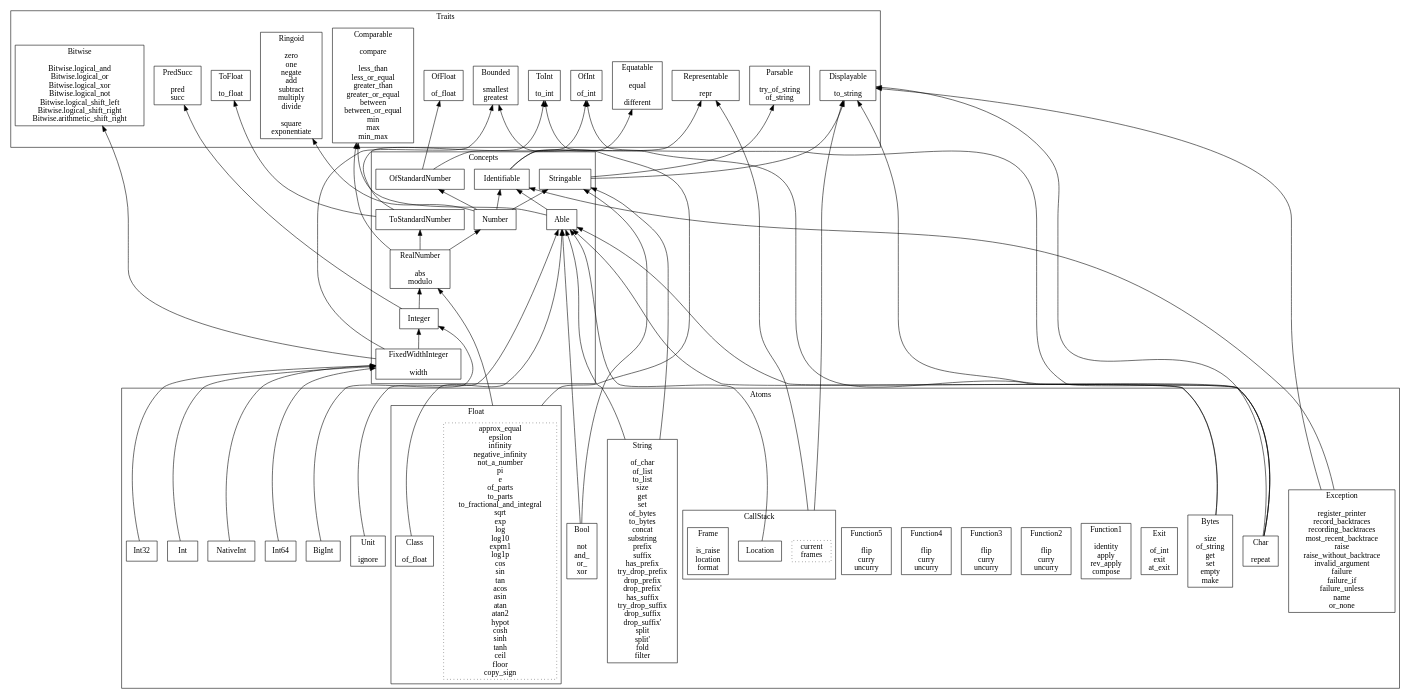
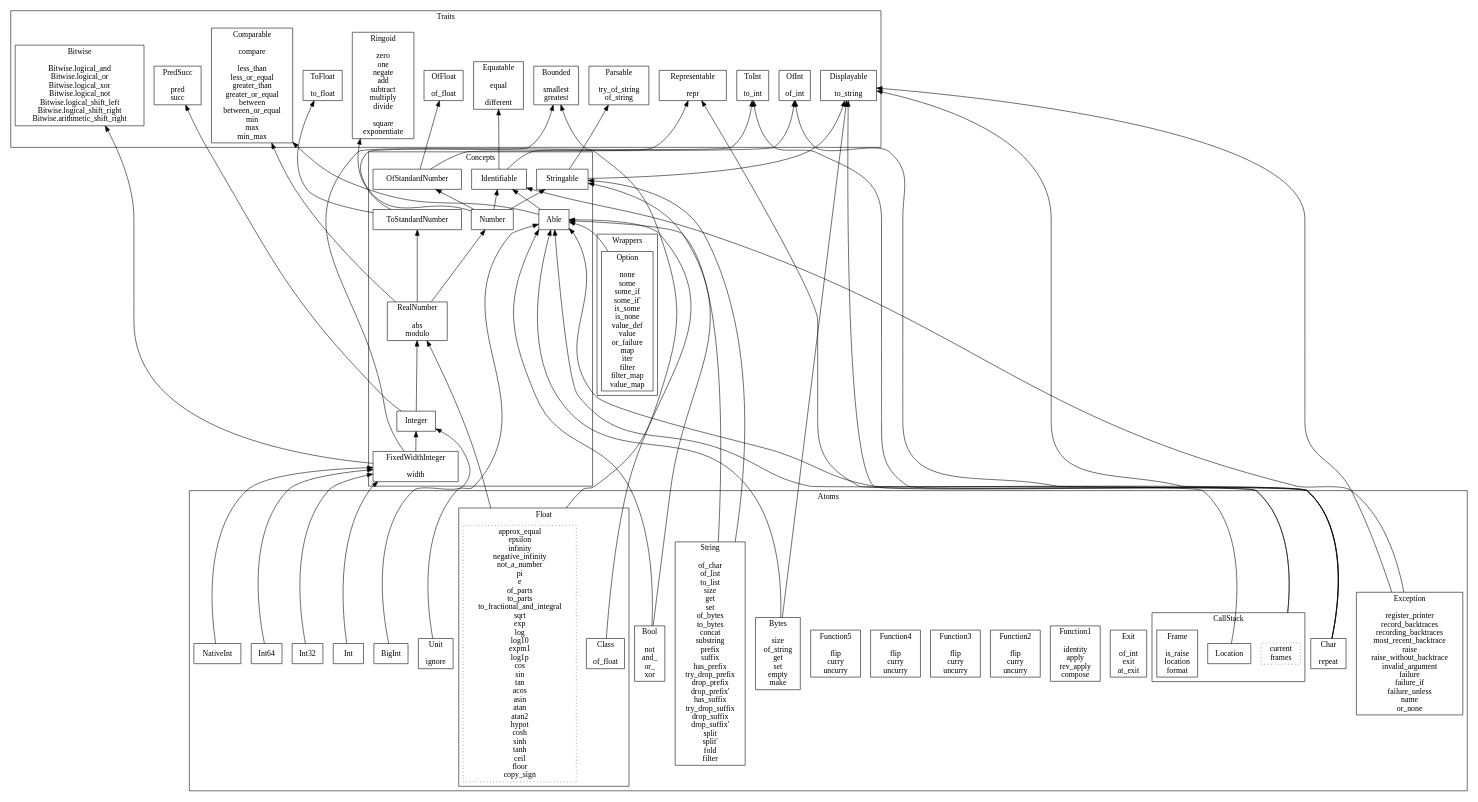
Before and after one commit to jacquev6/General: the diagram in src/Generated/Facets.dot, drawn with Graphviz. The commit also changed 9 other files, not shown here.

```diff
--- a/src/Generated/Facets.dot
+++ b/src/Generated/Facets.dot
@@ -1,115 +1,121 @@
 digraph {
   compound=true
   rankdir="BT"
   node [shape="box"]
   subgraph cluster_Traits {
     label="Traits"
     labelloc="b"
     representable [label="Representable\n\nrepr"]
     equatable [label="Equatable\n\nequal\n\ndifferent"]
     displayable [label="Displayable\n\nto_string"]
     parsable [label="Parsable\n\ntry_of_string\nof_string"]
     comparable [label="Comparable\n\ncompare\n\nless_than\nless_or_equal\ngreater_than\ngreater_or_equal\nbetween\nbetween_or_equal\nmin\nmax\nmin_max"]
     ringoid [label="Ringoid\n\nzero\none\nnegate\nadd\nsubtract\nmultiply\ndivide\n\nsquare\nexponentiate"]
     ofint [label="OfInt\n\nof_int"]
     toint [label="ToInt\n\nto_int"]
     offloat [label="OfFloat\n\nof_float"]
     tofloat [label="ToFloat\n\nto_float"]
     predsucc [label="PredSucc\n\npred\nsucc"]
     bounded [label="Bounded\n\nsmallest\ngreatest"]
     bitwise [label="Bitwise\n\nBitwise.logical_and\nBitwise.logical_or\nBitwise.logical_xor\nBitwise.logical_not\nBitwise.logical_shift_left\nBitwise.logical_shift_right\nBitwise.arithmetic_shift_right"]
   }
   subgraph cluster_Concepts {
     label="Concepts"
     labelloc="b"
     identifiable [label="Identifiable"]
     able [label="Able"]
     stringable [label="Stringable"]
     ofstandardnumber [label="OfStandardNumber"]
     number [label="Number"]
     tostandardnumber [label="ToStandardNumber"]
     realnumber [label="RealNumber\n\nabs\nmodulo"]
     integer [label="Integer"]
     fixedwidthinteger [label="FixedWidthInteger\n\nwidth"]
   }
   subgraph cluster_Atoms {
     label="Atoms"
     labelloc="b"
     subgraph cluster_CallStack {
       label="CallStack"
       labelloc="b"
       callstack [style="dotted",label="current\nframes"]
       location [label="Location"]
       frame [label="Frame\n\nis_raise\nlocation\nformat"]
     }
     exception [label="Exception\n\nregister_printer\nrecord_backtraces\nrecording_backtraces\nmost_recent_backtrace\nraise\nraise_without_backtrace\ninvalid_argument\nfailure\nfailure_if\nfailure_unless\nname\nor_none"]
     exit [label="Exit\n\nof_int\nexit\nat_exit"]
     function1 [label="Function1\n\nidentity\napply\nrev_apply\ncompose"]
     function2 [label="Function2\n\nflip\ncurry\nuncurry"]
     function3 [label="Function3\n\nflip\ncurry\nuncurry"]
     function4 [label="Function4\n\nflip\ncurry\nuncurry"]
     function5 [label="Function5\n\nflip\ncurry\nuncurry"]
     unit [label="Unit\n\nignore"]
     bool [label="Bool\n\nnot\nand_\nor_\nxor"]
     char [label="Char\n\nrepeat"]
     int [label="Int"]
     int32 [label="Int32"]
     int64 [label="Int64"]
     nativeint [label="NativeInt"]
     bigint [label="BigInt"]
     subgraph cluster_Float {
       label="Float"
       labelloc="b"
       float [style="dotted",label="approx_equal\nepsilon\ninfinity\nnegative_infinity\nnot_a_number\npi\ne\nof_parts\nto_parts\nto_fractional_and_integral\nsqrt\nexp\nlog\nlog10\nexpm1\nlog1p\ncos\nsin\ntan\nacos\nasin\natan\natan2\nhypot\ncosh\nsinh\ntanh\nceil\nfloor\ncopy_sign"]
       float_class [label="Class\n\nof_float"]
     }
     string [label="String\n\nof_char\nof_list\nto_list\nsize\nget\nset\nof_bytes\nto_bytes\nconcat\nsubstring\nprefix\nsuffix\nhas_prefix\ntry_drop_prefix\ndrop_prefix\ndrop_prefix'\nhas_suffix\ntry_drop_suffix\ndrop_suffix\ndrop_suffix'\nsplit\nsplit'\nfold\nfilter"]
     bytes [label="Bytes\n\nsize\nof_string\nget\nset\nempty\nmake"]
   }
+  subgraph cluster_Wrappers {
+    label="Wrappers"
+    labelloc="b"
+    option [label="Option\n\nnone\nsome\nsome_if\nsome_if'\nis_some\nis_none\nvalue_def\nvalue\nor_failure\nmap\niter\nfilter\nfilter_map\nvalue_map"]
+  }
   identifiable -> equatable
   identifiable -> representable
   able -> identifiable
   able -> comparable
   stringable -> displayable
   stringable -> parsable
   ofstandardnumber -> ofint
   ofstandardnumber -> offloat
   number -> identifiable
   number -> stringable
   number -> ringoid
   number -> ofstandardnumber
   tostandardnumber -> toint
   tostandardnumber -> tofloat
   realnumber -> number
   realnumber -> comparable
   realnumber -> tostandardnumber
   integer -> realnumber
   integer -> predsucc
   fixedwidthinteger -> integer
   fixedwidthinteger -> bounded
   fixedwidthinteger -> bitwise
   callstack -> displayable [ltail="cluster_CallStack"]
   callstack -> representable [ltail="cluster_CallStack"]
   location -> able
   exception -> identifiable
   exception -> displayable
   unit -> able
   bool -> able
   bool -> stringable
   char -> able
   char -> displayable
   char -> ofint
   char -> toint
   int -> fixedwidthinteger
   int32 -> fixedwidthinteger
   int64 -> fixedwidthinteger
   nativeint -> fixedwidthinteger
   bigint -> integer
   float -> realnumber [ltail="cluster_Float"]
   float -> bounded [ltail="cluster_Float"]
   float_class -> able
   string -> able
   string -> stringable
   bytes -> able
   bytes -> displayable
+  option -> able
 }
```
